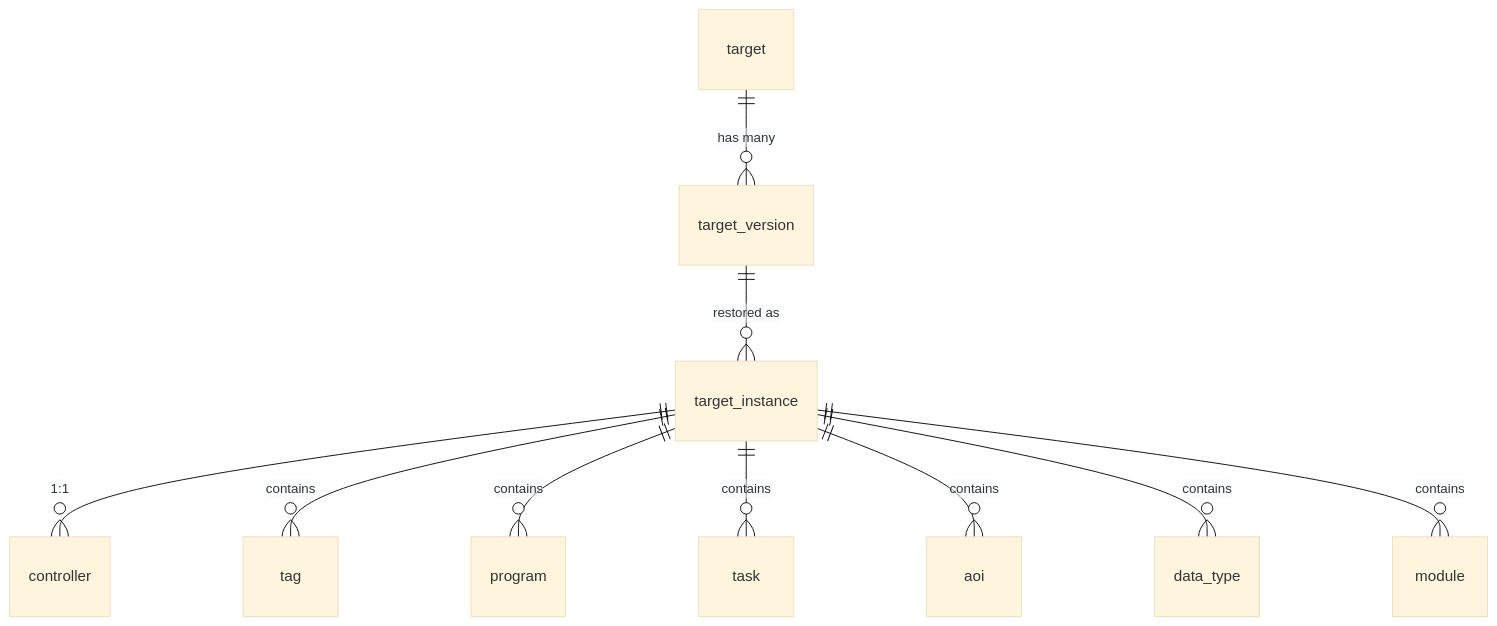
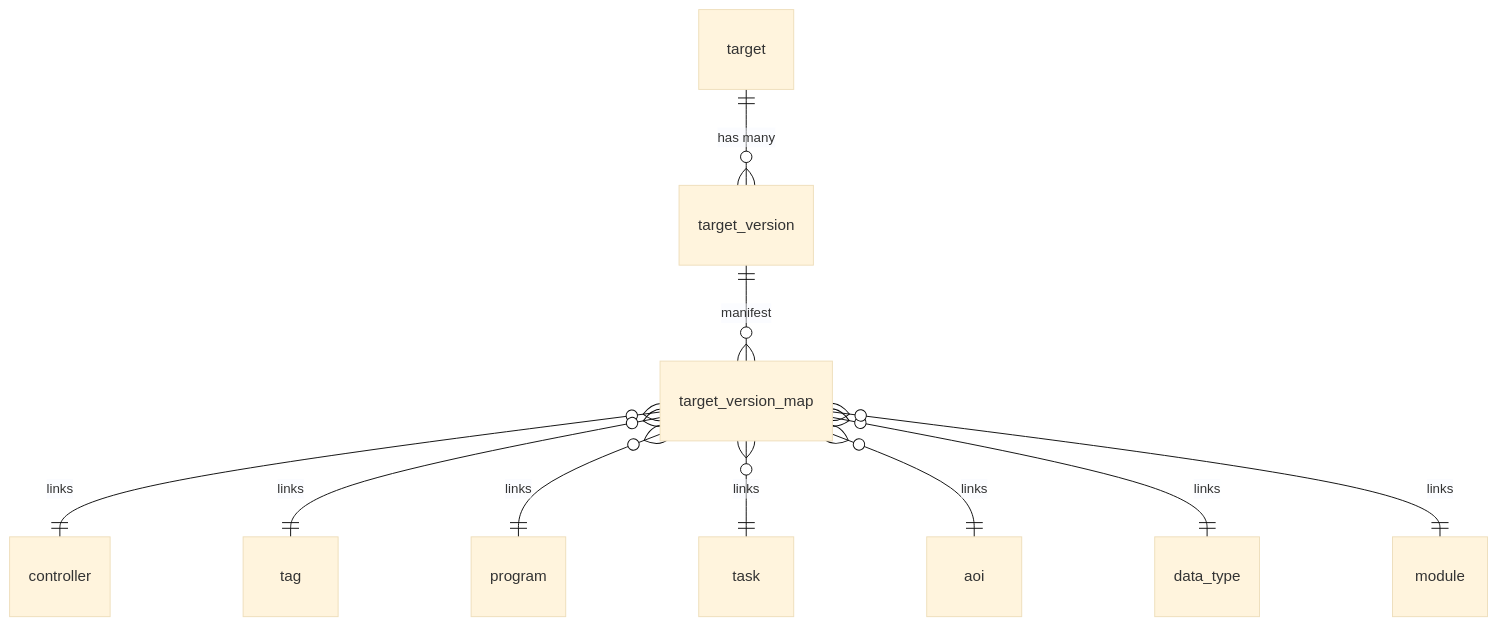
One commit to tnunnink/LogixDb changed the diagram in README.md. Above: the diagram before and after it, drawn with Mermaid (base theme). The commit also changed other lines of this file, not shown here.

Commit message:
Update README: refine command descriptions, replace transient instance model with deduplication-based version mapping, and align examples with updated schema.

````diff
--- a/README.md
+++ b/README.md
@@ -362,12 +352,12 @@
 ```mermaid
 erDiagram
     target ||--o{ target_version : "has many"
-    target_version ||--o{ target_instance : "restored as"
-    target_instance ||--o{ controller : "1:1"
-    target_instance ||--o{ tag : contains
-    target_instance ||--o{ program : contains
-    target_instance ||--o{ task : contains
-    target_instance ||--o{ aoi : contains
-    target_instance ||--o{ data_type : contains
-    target_instance ||--o{ module : contains
+    target_version ||--o{ target_version_map : "manifest"
+    target_version_map }o--|| controller : "links"
+    target_version_map }o--|| tag : "links"
+    target_version_map }o--|| program : "links"
+    target_version_map }o--|| task : "links"
+    target_version_map }o--|| aoi : "links"
+    target_version_map }o--|| data_type : "links"
+    target_version_map }o--|| module : "links"
 ```
````
